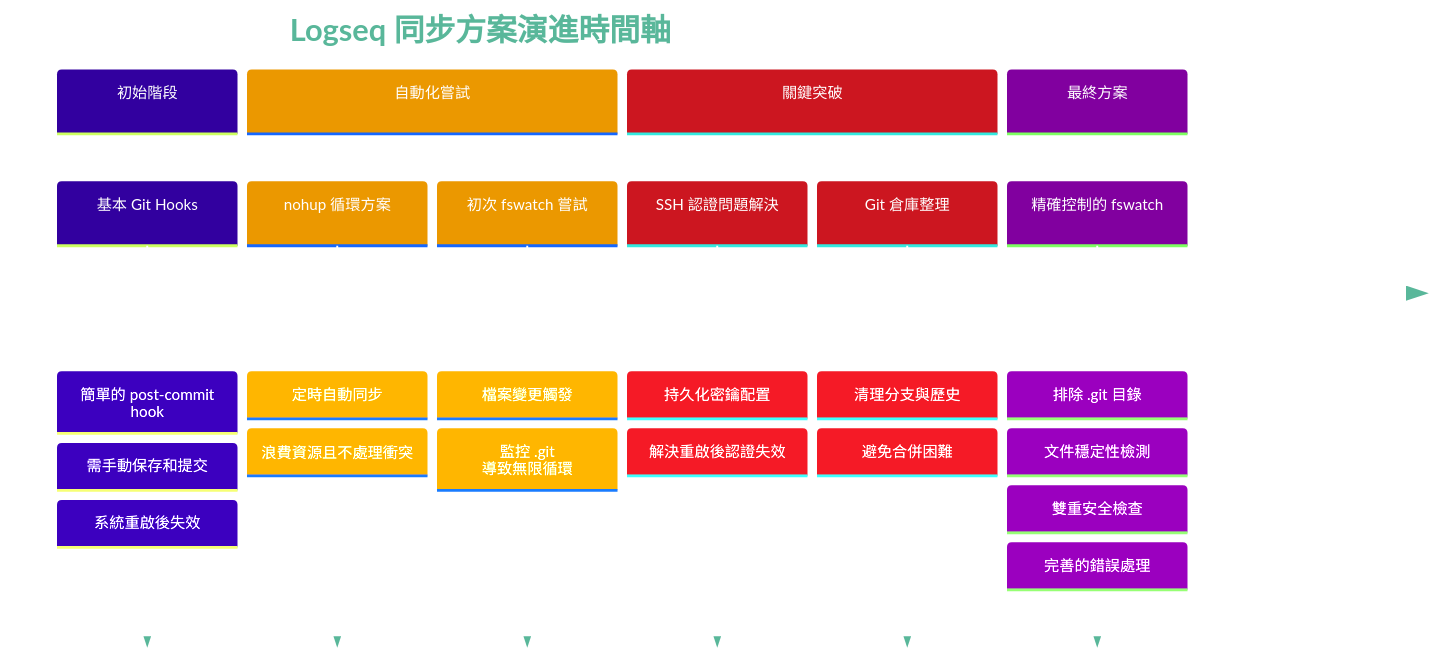
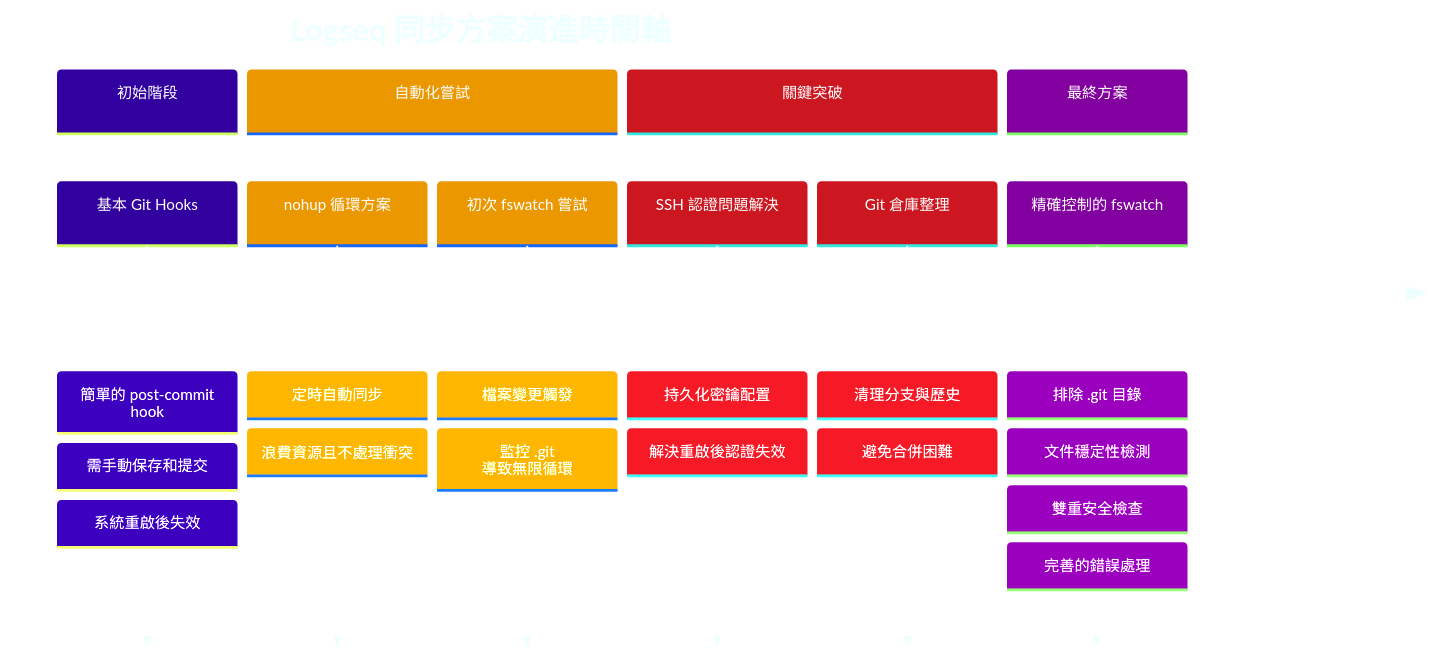
Before and after one commit to GengGeng026/Sync-Logseq: the first of 2 diagrams in Logseq同步方案演進記錄.md, drawn with Mermaid.

Commit message:
Auto-sync: Wed Mar 26 09:36:07 +08 2025

````diff
--- a/Logseq同步方案演進記錄.md
+++ b/Logseq同步方案演進記錄.md
@@ -24,41 +24,47 @@
 ```mermaid
 %%{init: {
   'theme': 'base', 
   'themeVariables': {
     'primaryColor': '#651FFF',
     'primaryTextColor': '#FFFFFF',
     'primaryBorderColor': '#59B79A',
     'lineColor': '#C792EA',
     'secondaryColor': '#FFCB6B',
     'tertiaryColor': '#F07178',
     'background': 'transparent',
-    'textColor': '#59B79A',
+    'textColor': '#EEFFFF',
     'mainBkg': '#273747',
     'nodeBorder': '#59B79A',
     'clusterBkg': 'transparent',
     'edgeLabelBackground': '#21252B'
+  },
+  'flowchart': {
+    'curve': 'basis',
+    'nodeSpacing': 50,
+    'rankSpacing': 50,
+    'padding': 15
   }
 }}%%
 
 timeline
     title Logseq 同步方案演進時間軸
     section 初始階段
         基本 Git Hooks : 簡單的 post-commit hook
         : 需手動保存和提交
         : 系統重啟後失效
     section 自動化嘗試
         nohup 循環方案 : 定時自動同步
         : 浪費資源且不處理衝突
         初次 fswatch 嘗試 : 檔案變更觸發
         : 監控 .git 導致無限循環
     section 關鍵突破
         SSH 認證問題解決 : 持久化密鑰配置
         : 解決重啟後認證失效
         Git 倉庫整理 : 清理分支與歷史
         : 避免合併困難
     section 最終方案
         精確控制的 fswatch : 排除 .git 目錄
         : 文件穩定性檢測
         : 雙重安全檢查
         : 完善的錯誤處理
 ```
````
